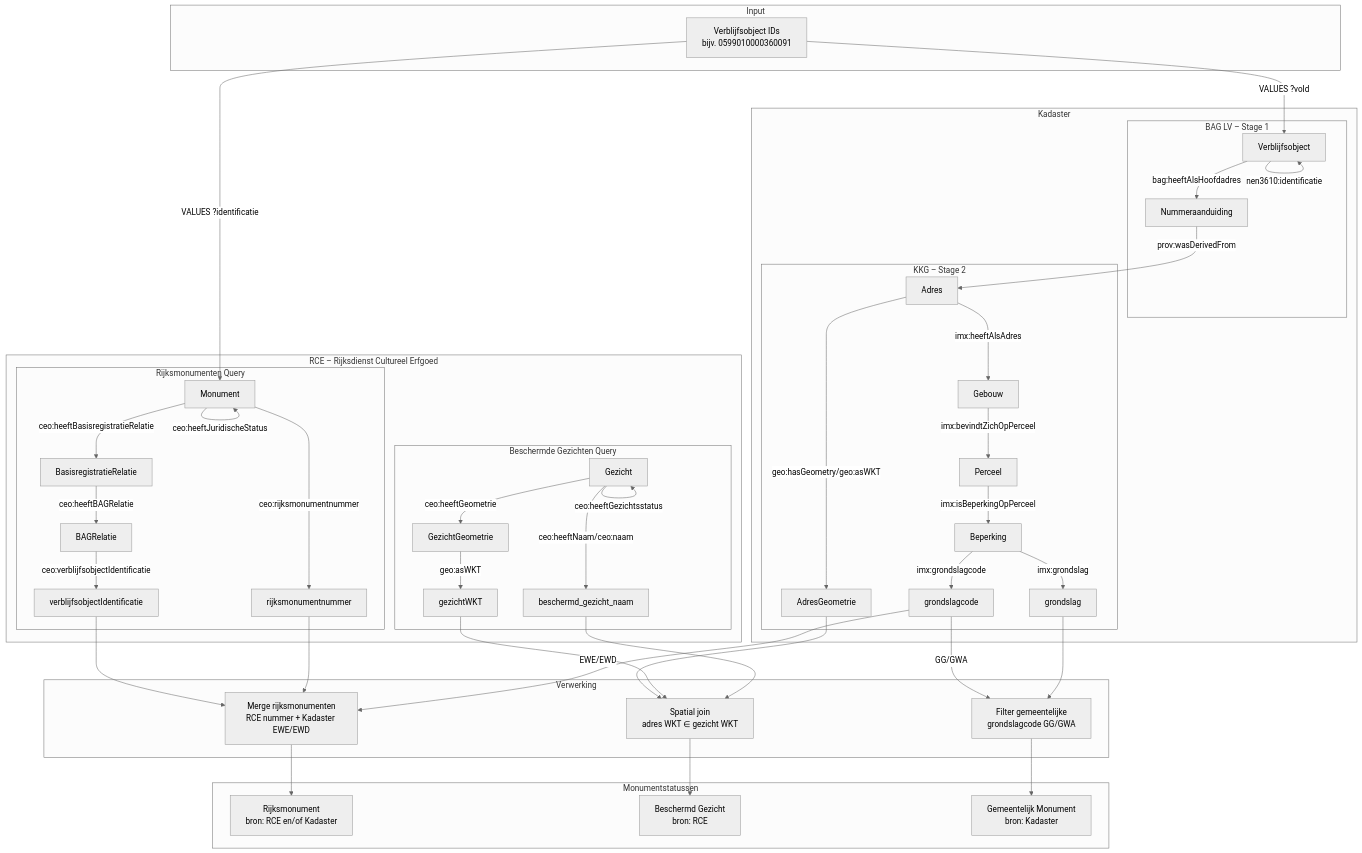
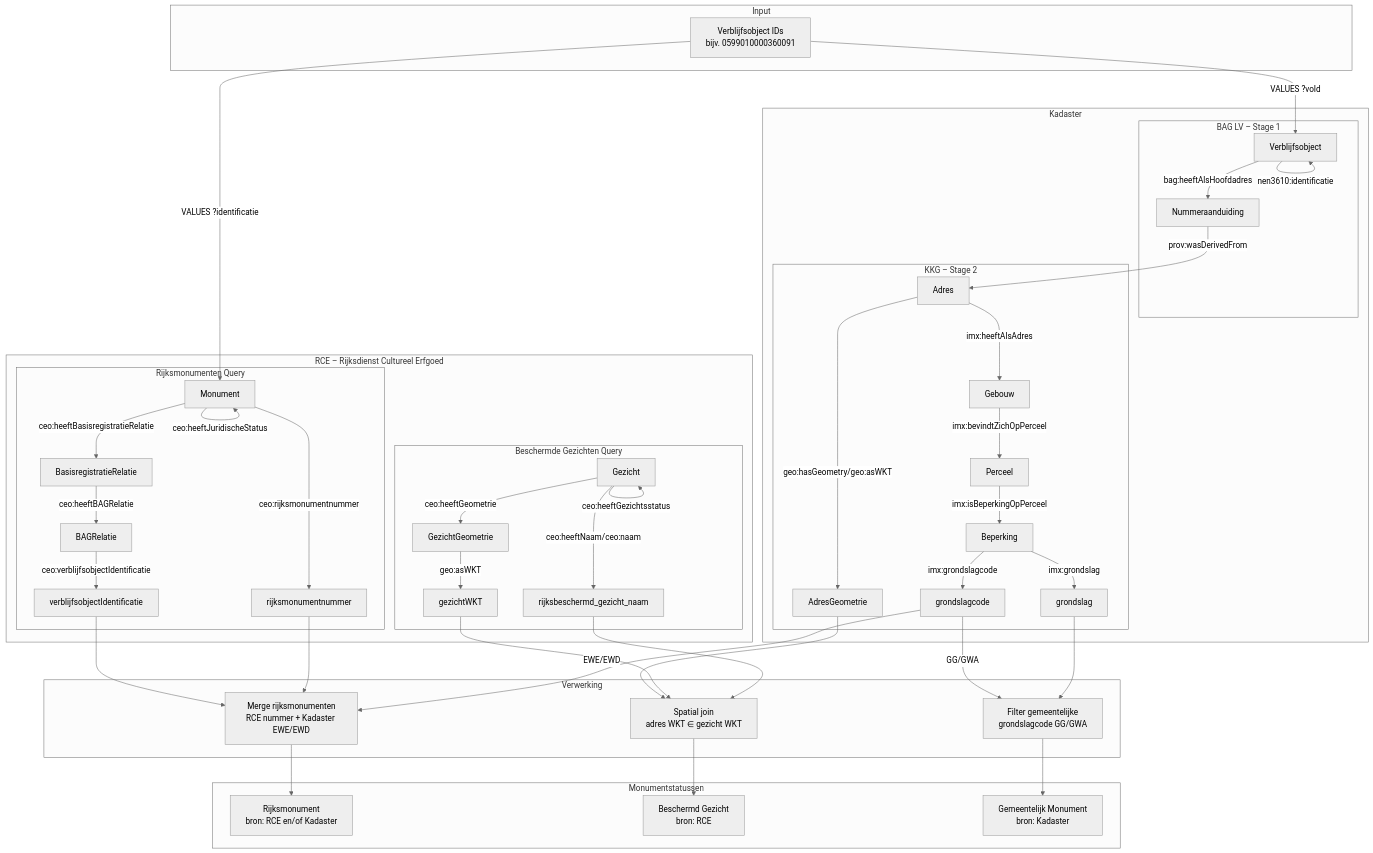
Before and after one commit to woonstadrotterdam/monumenten: the diagram in README.md, drawn with Mermaid (neutral theme). The commit also changed other lines of this file and 6 other files, not shown here.

```diff
--- a/README.md
+++ b/README.md
@@ -61,7 +61,7 @@
             G1["Gezicht"]
             G2["GezichtGeometrie"]
             G3["gezichtWKT"]
-            G4["beschermd_gezicht_naam"]
+            G4["rijksbeschermd_gezicht_naam"]
         end
 
     end
```
